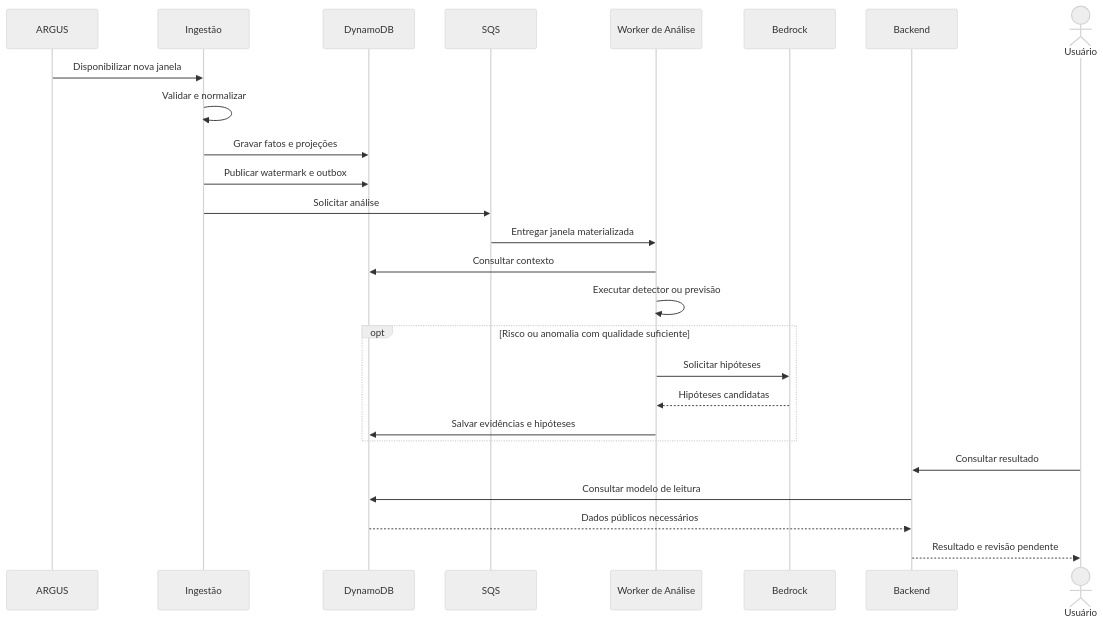
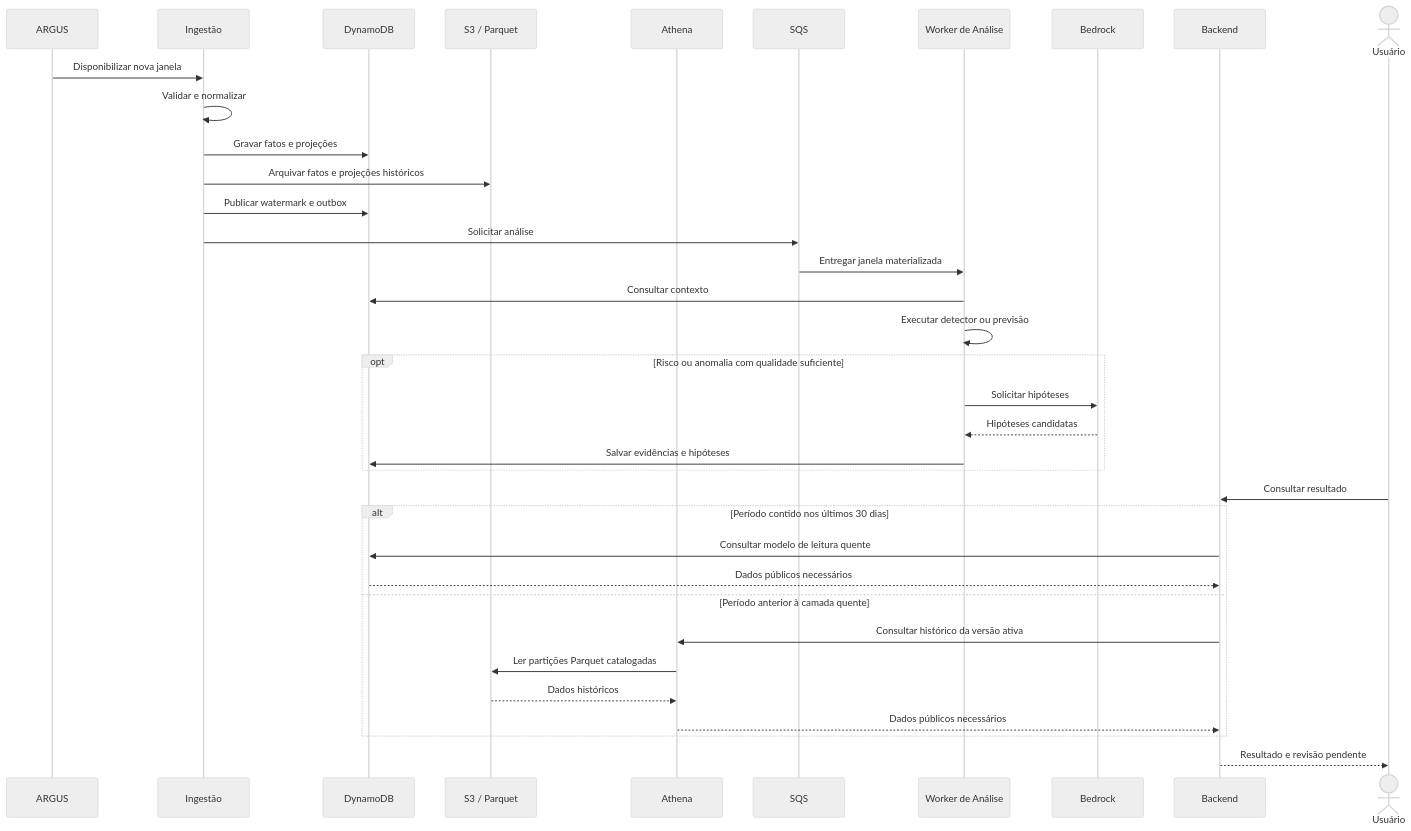
Before and after one commit to guedesrayssa/viewshow-ai-observability: the second of 2 diagrams in artefatos/arquitetura/visao-geral.md, drawn with Mermaid (neutral theme). The commit also changed other lines of this file and 9 other files, not shown here.

````diff
--- a/artefatos/arquitetura/visao-geral.md
+++ b/artefatos/arquitetura/visao-geral.md
@@ -115,29 +125,39 @@
 ```mermaid
 sequenceDiagram
     participant A as ARGUS
     participant I as Ingestão
     participant D as DynamoDB
+    participant S3 as S3 / Parquet
+    participant ATH as Athena
     participant Q as SQS
     participant W as Worker de Análise
     participant B as Bedrock
     participant API as Backend
     actor U as Usuário
 
     A->>I: Disponibilizar nova janela
     I->>I: Validar e normalizar
     I->>D: Gravar fatos e projeções
+    I->>S3: Arquivar fatos e projeções históricos
     I->>D: Publicar watermark e outbox
     I->>Q: Solicitar análise
     Q->>W: Entregar janela materializada
     W->>D: Consultar contexto
     W->>W: Executar detector ou previsão
     opt Risco ou anomalia com qualidade suficiente
         W->>B: Solicitar hipóteses
         B-->>W: Hipóteses candidatas
         W->>D: Salvar evidências e hipóteses
     end
     U->>API: Consultar resultado
-    API->>D: Consultar modelo de leitura
-    D-->>API: Dados públicos necessários
+    alt Período contido nos últimos 30 dias
+        API->>D: Consultar modelo de leitura quente
+        D-->>API: Dados públicos necessários
+    else Período anterior à camada quente
+        API->>ATH: Consultar histórico da versão ativa
+        ATH->>S3: Ler partições Parquet catalogadas
+        S3-->>ATH: Dados históricos
+        ATH-->>API: Dados públicos necessários
+    end
     API-->>U: Resultado e revisão pendente
 ```
````
